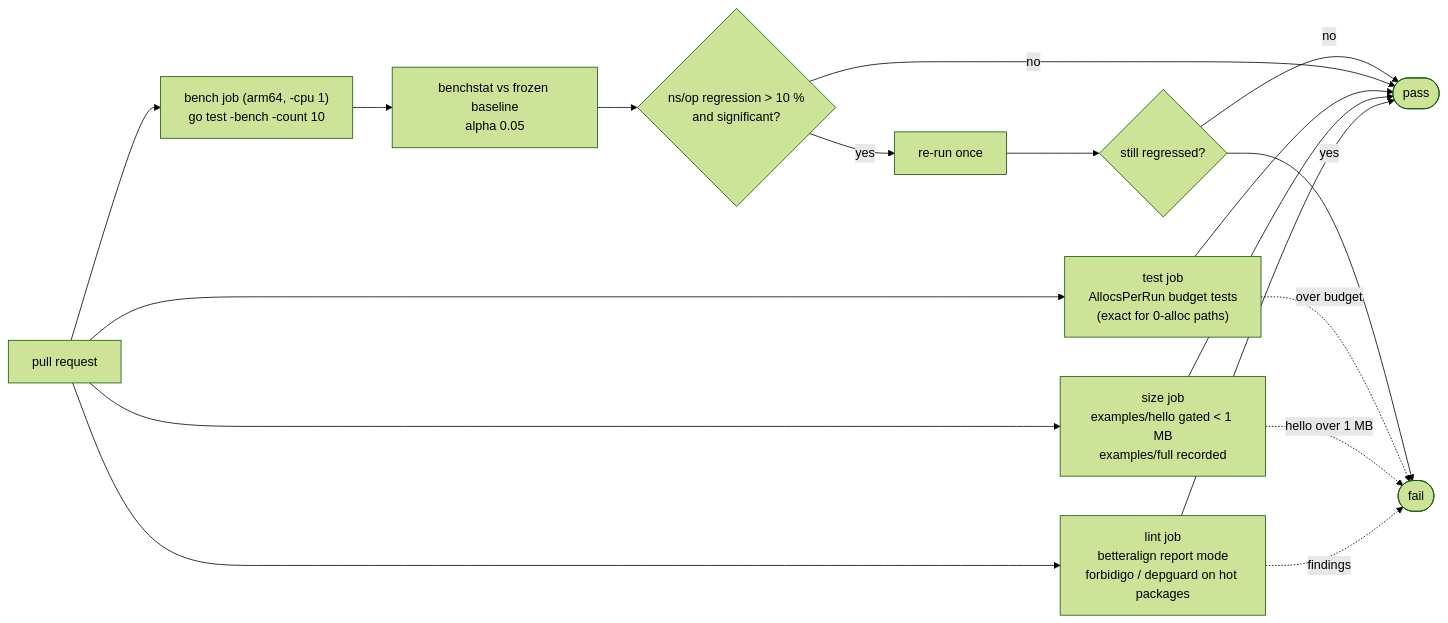
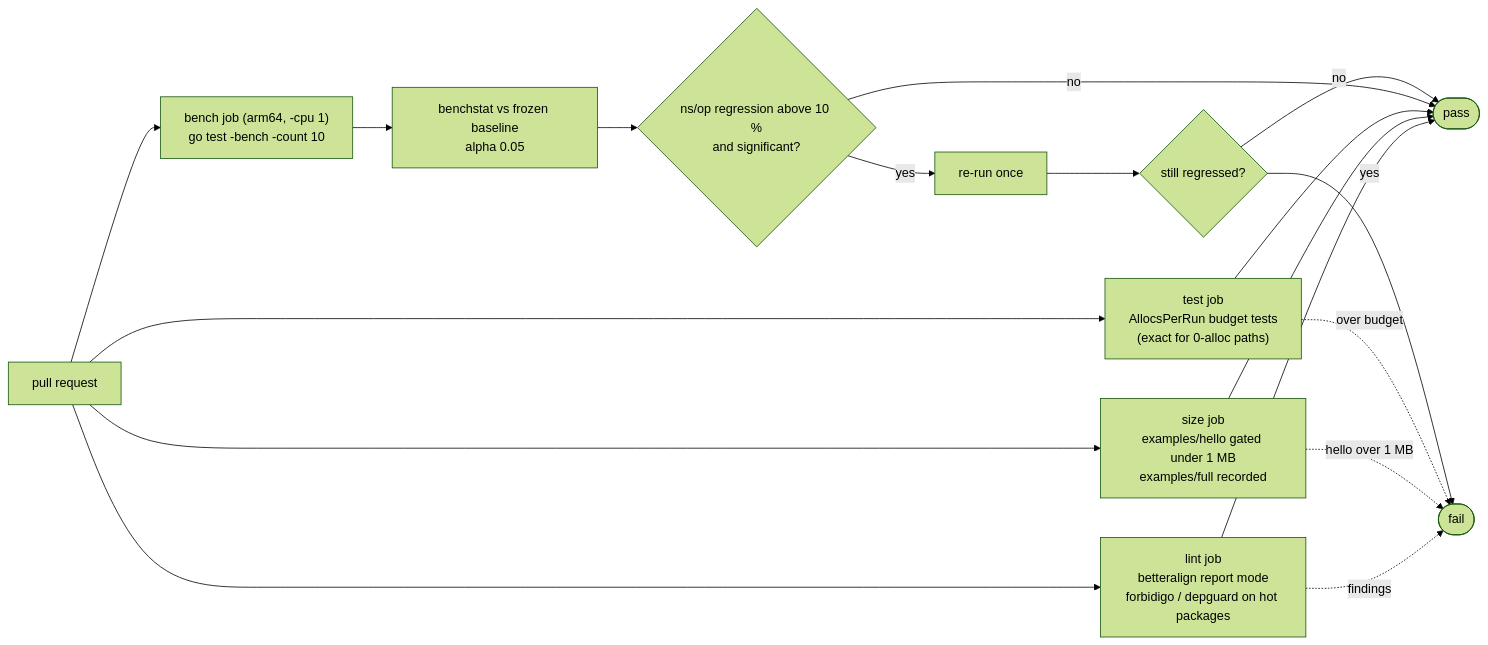
The diagram in 05-performance.md (christiangda/powertools-lambda-go-plan), drawn with Mermaid (forest theme) before and after one commit. The commit also changed 6 other files, not shown here.

First line of the commit message:
Fix Mermaid diagrams for GitHub rendering

````diff
--- a/05-performance.md
+++ b/05-performance.md
@@ -177,20 +177,20 @@
 ```mermaid
 flowchart LR
   pr["pull request"] --> t["test job<br/>AllocsPerRun budget tests<br/>(exact for 0-alloc paths)"]
   pr --> b["bench job (arm64, -cpu 1)<br/>go test -bench -count 10"]
-  pr --> s["size job<br/>examples/hello gated < 1 MB<br/>examples/full recorded"]
+  pr --> s["size job<br/>examples/hello gated under 1 MB<br/>examples/full recorded"]
   pr --> l["lint job<br/>betteralign report mode<br/>forbidigo / depguard on hot packages"]
   b --> bs["benchstat vs frozen baseline<br/>alpha 0.05"]
-  bs --> reg{ns/op regression > 10 %<br/>and significant?}
+  bs --> reg{ns/op regression above 10 %<br/>and significant?}
   reg -- yes --> rerun["re-run once"]
   rerun --> reg2{still regressed?}
   reg2 -- yes --> fail([fail])
   reg2 -- no --> pass([pass])
   reg -- no --> pass
   t --> pass
   s --> pass
   l --> pass
   t -. over budget .-> fail
   s -. hello over 1 MB .-> fail
   l -. findings .-> fail
 ```
````
